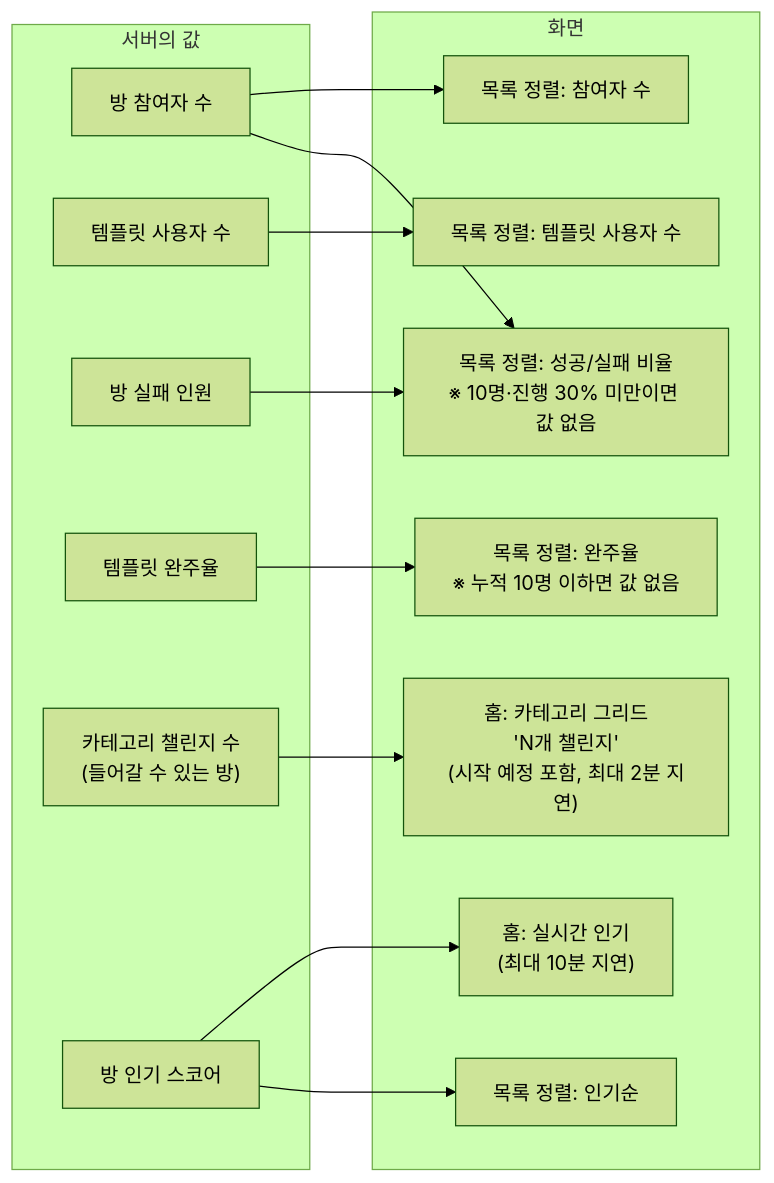
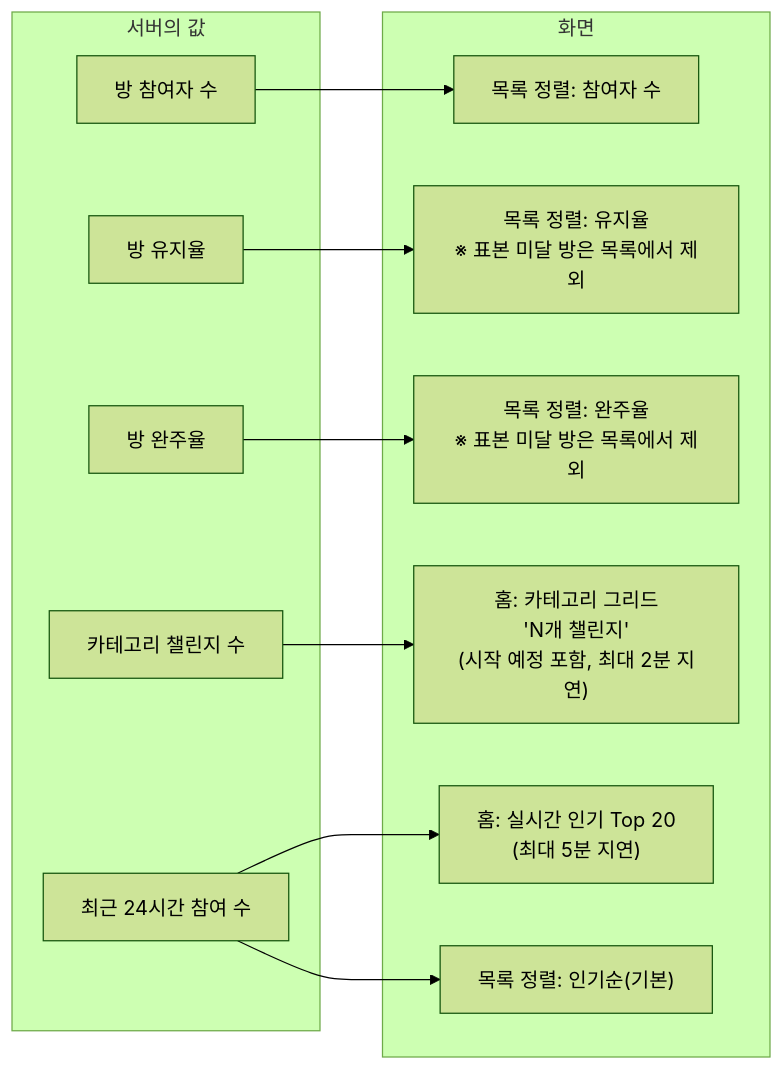
Before and after one commit to RuleUp-ASM/Backend: the second of 2 diagrams in docs/search/챌린지탐색 테크스펙.md, drawn with Mermaid (forest theme). The commit also changed other lines of this file and 7 other files, not shown here.

````diff
--- a/docs/search/챌린지탐색 테크스펙.md
+++ b/docs/search/챌린지탐색 테크스펙.md
@@ -240,30 +256,26 @@
 ```mermaid
 flowchart LR
     subgraph DB["서버의 값"]
         PC["방 참여자 수"]
-        TU["템플릿 사용자 수"]
-        FC["방 실패 인원"]
-        CR["템플릿 완주율"]
-        CC["카테고리 챌린지 수<br/>(들어갈 수 있는 방)"]
-        TS["방 인기 스코어"]
+        RR["방 유지율"]
+        CRate["방 완주율"]
+        CC["카테고리 챌린지 수"]
+        RJ["최근 24시간 참여 수"]
     end
 
     subgraph UI["화면"]
-        HOME1["홈: 실시간 인기<br/>(최대 10분 지연)"]
+        HOME1["홈: 실시간 인기 Top 20<br/>(최대 5분 지연)"]
         HOME2["홈: 카테고리 그리드<br/>'N개 챌린지'<br/>(시작 예정 포함, 최대 2분 지연)"]
         L1["목록 정렬: 참여자 수"]
-        L2["목록 정렬: 템플릿 사용자 수"]
-        L3["목록 정렬: 인기순"]
-        L4["목록 정렬: 성공/실패 비율<br/>※ 10명·진행 30% 미만이면 값 없음"]
-        L5["목록 정렬: 완주율<br/>※ 누적 10명 이하면 값 없음"]
+        L3["목록 정렬: 인기순(기본)"]
+        L4["목록 정렬: 유지율<br/>※ 표본 미달 방은 목록에서 제외"]
+        L5["목록 정렬: 완주율<br/>※ 표본 미달 방은 목록에서 제외"]
     end
 
-    TS --> HOME1
+    RJ --> HOME1
     CC --> HOME2
     PC --> L1
-    TU --> L2
-    TS --> L3
-    PC --> L4
-    FC --> L4
-    CR --> L5
+    RJ --> L3
+    RR --> L4
+    CRate --> L5
 ```
````
